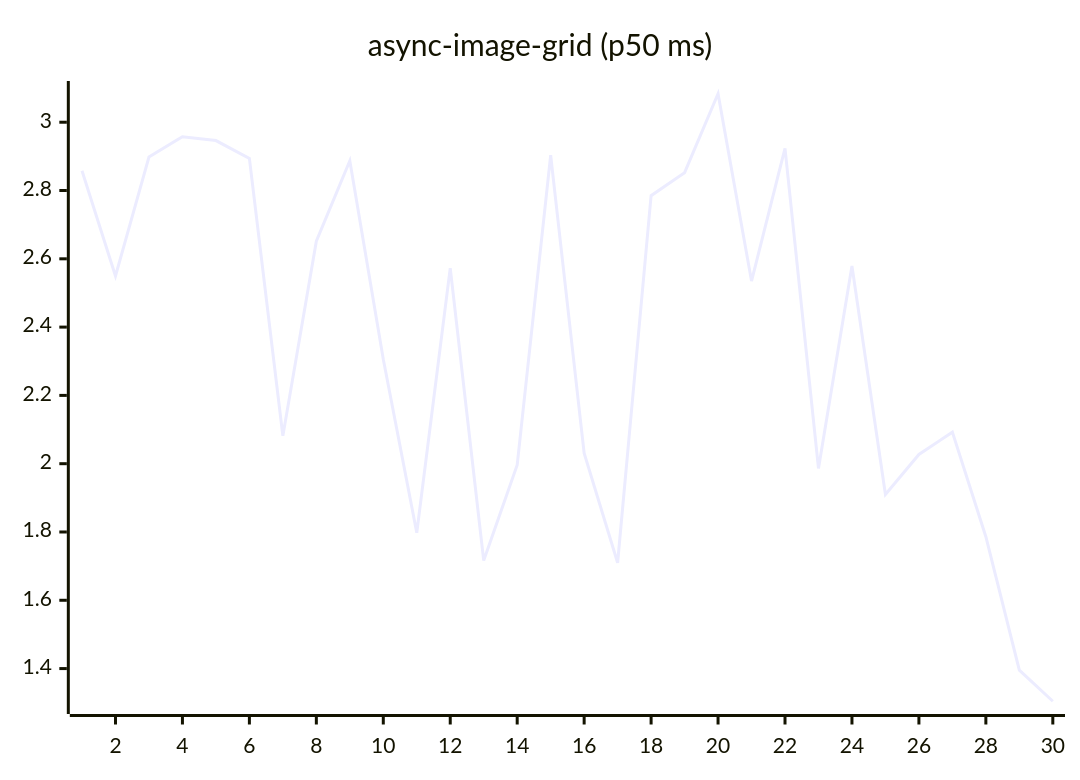
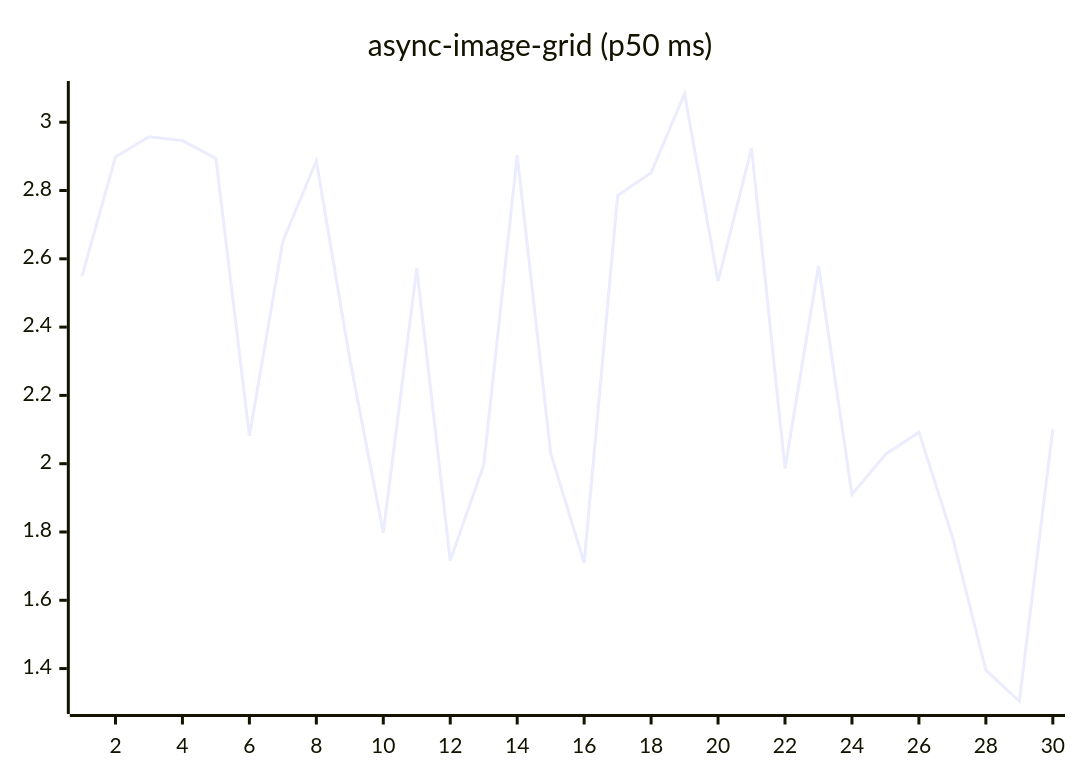
The fifth of 27 diagrams in README.md (josha/Facet), drawn with Mermaid before and after one commit. The commit also changed other lines of this file and 2 other files, not shown here.

````diff
--- a/README.md
+++ b/README.md
@@ -91,6 +91,6 @@
 ```mermaid
 xychart-beta
     title "async-image-grid (p50 ms)"
     x-axis 1 --> 30
-    line [2.8577, 2.5497, 2.8980, 2.9576, 2.9463, 2.8940, 2.0815, 2.6515, 2.8871, 2.3060, 1.7979, 2.5726, 1.7163, 1.9964, 2.9032, 2.0307, 1.7099, 2.7848, 2.8523, 3.0834, 2.5349, 2.9237, 1.9862, 2.5787, 1.9102, 2.0270, 2.0924, 1.7862, 1.3954, 1.3043]
+    line [2.5497, 2.8980, 2.9576, 2.9463, 2.8940, 2.0815, 2.6515, 2.8871, 2.3060, 1.7979, 2.5726, 1.7163, 1.9964, 2.9032, 2.0307, 1.7099, 2.7848, 2.8523, 3.0834, 2.5349, 2.9237, 1.9862, 2.5787, 1.9102, 2.0270, 2.0924, 1.7862, 1.3954, 1.3043, 2.1007]
 ```
````
